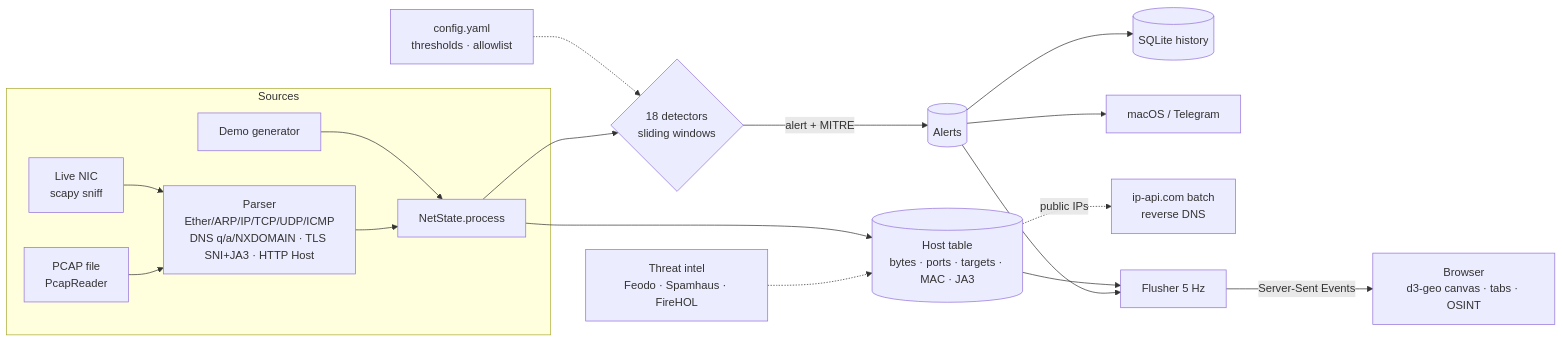
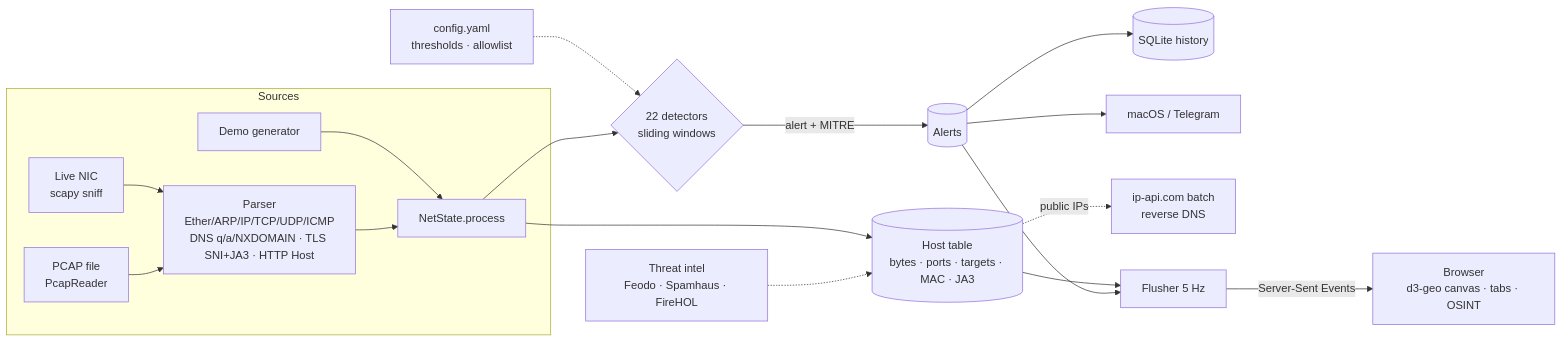
The diagram in README.md (Gyuri1999/netwatch), drawn with Mermaid before and after one commit. The commit also changed other lines of this file and 8 other files, not shown here.

````diff
--- a/README.md
+++ b/README.md
@@ -179,18 +179,18 @@
 ```mermaid
 flowchart LR
   subgraph Sources
     A[Live NIC<br/>scapy sniff] --> P
     B[PCAP file<br/>PcapReader] --> P
     C[Demo generator] --> N
   end
   P[Parser<br/>Ether/ARP/IP/TCP/UDP/ICMP<br/>DNS q/a/NXDOMAIN · TLS SNI+JA3 · HTTP Host] --> N
   CFG[config.yaml<br/>thresholds · allowlist] -.-> D
   N[NetState.process] --> H[(Host table<br/>bytes · ports · targets · MAC · JA3)]
-  N --> D{18 detectors<br/>sliding windows}
+  N --> D{22 detectors<br/>sliding windows}
   TI[Threat intel<br/>Feodo · Spamhaus · FireHOL] -.-> H
   D -->|alert + MITRE| AL[(Alerts)]
   AL --> DB[(SQLite history)]
   AL --> NT[macOS / Telegram]
   H -. public IPs .-> G[ip-api.com batch<br/>reverse DNS]
   H & AL --> F[Flusher 5 Hz] -->|Server-Sent Events| UI[Browser<br/>d3-geo canvas · tabs · OSINT]
 ```
````
